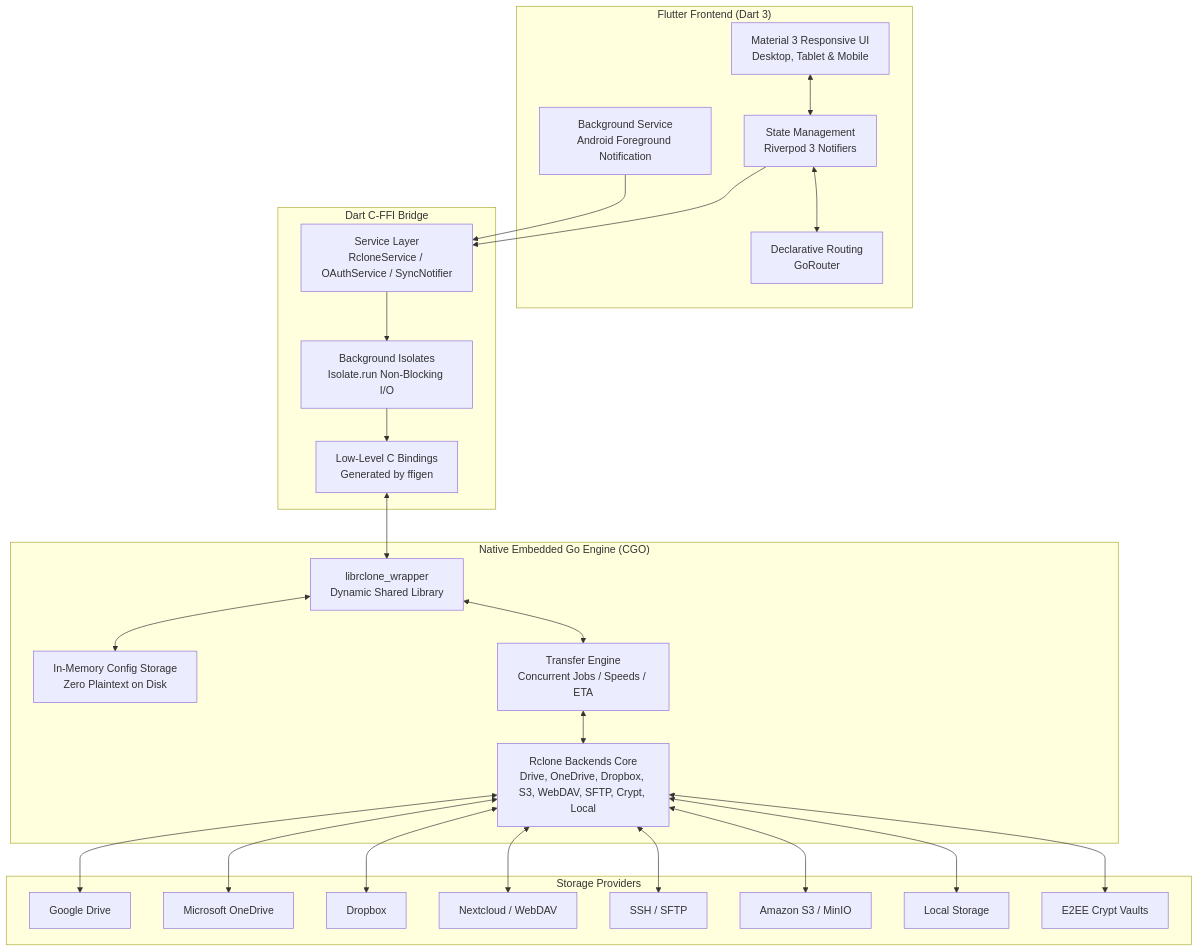
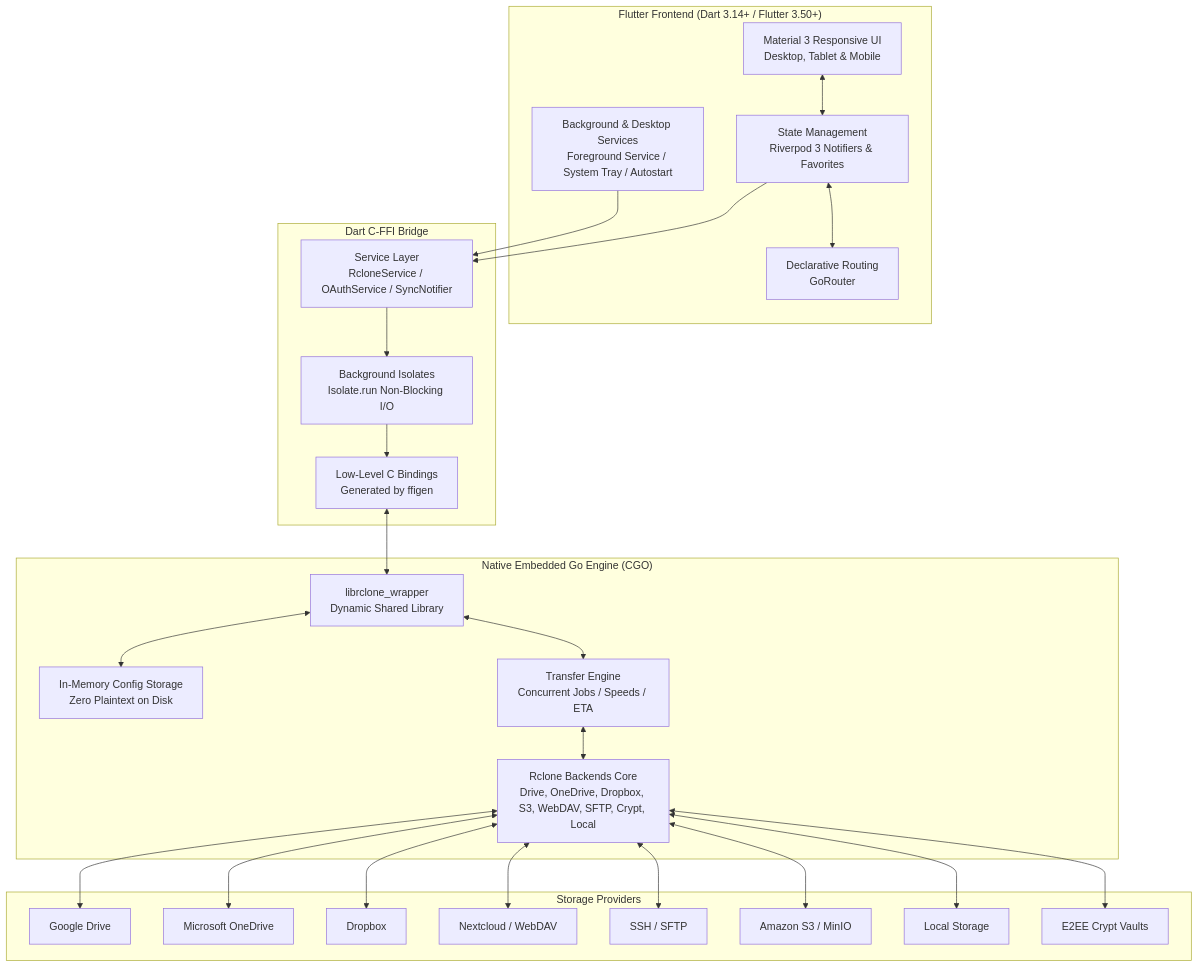
The diagram in docs/wiki/home.md (leonardobani/unifycloud), drawn with Mermaid before and after one commit. The commit also changed other lines of this file and 9 other files, not shown here.

````diff
--- a/docs/wiki/home.md
+++ b/docs/wiki/home.md
@@ -27,52 +30,52 @@
 ```mermaid
 flowchart TD
-    subgraph UI["Flutter Frontend (Dart 3)"]
+    subgraph UI["Flutter Frontend (Dart 3.14+ / Flutter 3.50+)"]
         A[Material 3 Responsive UI<br>Desktop, Tablet & Mobile]
-        B[State Management<br>Riverpod 3 Notifiers]
+        B[State Management<br>Riverpod 3 Notifiers & Favorites]
         C[Declarative Routing<br>GoRouter]
-        D[Background Service<br>Android Foreground Notification]
+        D[Background & Desktop Services<br>Foreground Service / System Tray / Autostart]
     end
 
     subgraph FFI["Dart C-FFI Bridge"]
         E[Low-Level C Bindings<br>Generated by ffigen]
         F[Service Layer<br>RcloneService / OAuthService / SyncNotifier]
         G[Background Isolates<br>Isolate.run Non-Blocking I/O]
     end
 
     subgraph Core["Native Embedded Go Engine (CGO)"]
         H[librclone_wrapper<br>Dynamic Shared Library]
         I[In-Memory Config Storage<br>Zero Plaintext on Disk]
         J[Transfer Engine<br>Concurrent Jobs / Speeds / ETA]
         K[Rclone Backends Core<br>Drive, OneDrive, Dropbox, S3, WebDAV, SFTP, Crypt, Local]
     end
 
     subgraph Providers["Storage Providers"]
         L[Google Drive]
         M[Microsoft OneDrive]
         N[Dropbox]
         O[Nextcloud / WebDAV]
         P[SSH / SFTP]
         Q[Amazon S3 / MinIO]
         R[Local Storage]
         S[E2EE Crypt Vaults]
     end
 
     A <--> B
     B <--> C
     B --> F
     D --> F
     F --> G
     G --> E
     E <--> H
     H <--> I
     H <--> J
     J <--> K
     K <--> L
     K <--> M
     K <--> N
     K <--> O
     K <--> P
     K <--> Q
     K <--> R
     K <--> S
 ```
````
